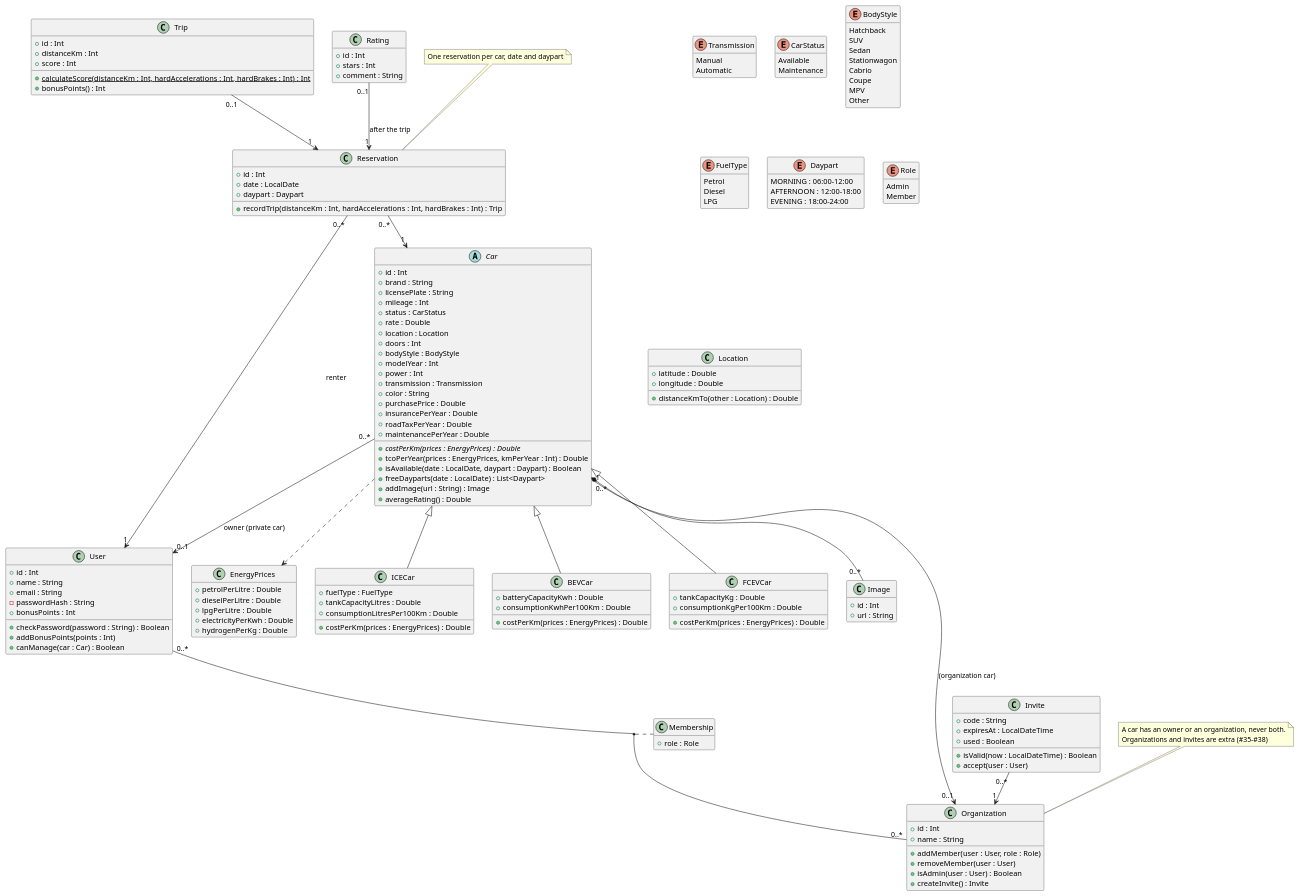
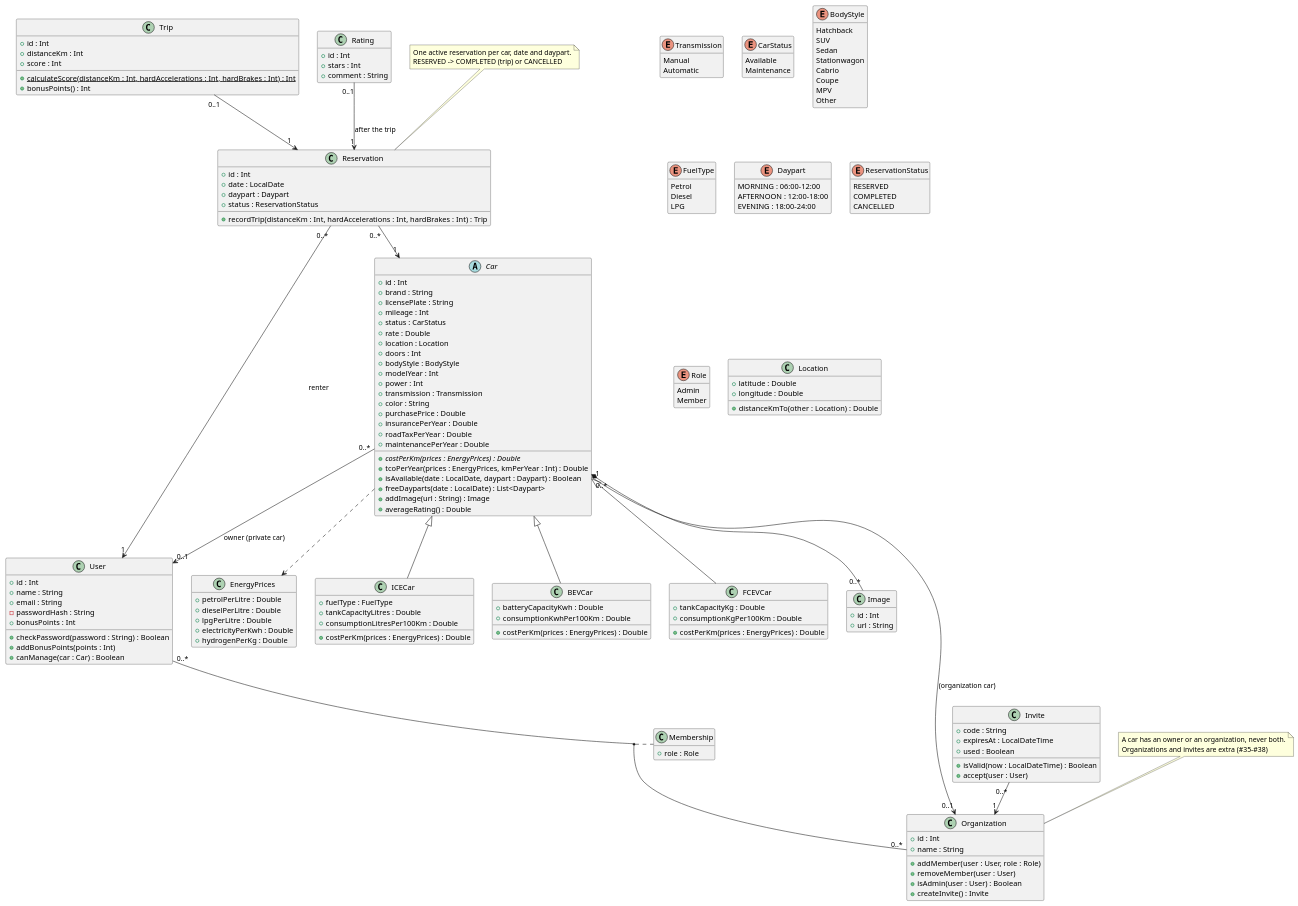
The diagram in docs/diagrams/domain-model.puml (Rent-a-car-38291/rent-a-car), drawn with PlantUML before and after one commit. The commit also changed 25 other files, not shown here.

First line of the commit message:
feat: give a reservation a status and list your reservations (#120)

```diff
--- a/docs/diagrams/domain-model.puml
+++ b/docs/diagrams/domain-model.puml
@@ -1,183 +1,190 @@
 @startuml
 ' Analysis view: the domain as agreed in the backlog, including parts that aren't built yet.
 ' For what the code looks like today, see the class-*.puml diagrams.
 hide empty members
 
 enum Transmission {
   Manual
   Automatic
 }
 
 ' Rented is gone: whether a car is rented depends on the daypart (#16).
 enum CarStatus {
   Available
   Maintenance
 }
 
 enum BodyStyle {
   Hatchback
   SUV
   Sedan
   Stationwagon
   Cabrio
   Coupe
   MPV
   Other
 }
 
 enum FuelType {
   Petrol
   Diesel
   LPG
 }
 
 enum Daypart {
   MORNING : 06:00-12:00
   AFTERNOON : 12:00-18:00
   EVENING : 18:00-24:00
+}
+
+enum ReservationStatus {
+  RESERVED
+  COMPLETED
+  CANCELLED
 }
 
 enum Role {
   Admin
   Member
 }
 
 class Location {
   + latitude : Double
   + longitude : Double
   + distanceKmTo(other : Location) : Double
 }
 
 class EnergyPrices {
   + petrolPerLitre : Double
   + dieselPerLitre : Double
   + lpgPerLitre : Double
   + electricityPerKwh : Double
   + hydrogenPerKg : Double
 }
 
 class User {
   + id : Int
   + name : String
   + email : String
   - passwordHash : String
   + bonusPoints : Int
   + checkPassword(password : String) : Boolean
   + addBonusPoints(points : Int)
   + canManage(car : Car) : Boolean
 }
 
 abstract class Car {
   + id : Int
   + brand : String
   + licensePlate : String
   + mileage : Int
   + status : CarStatus
   + rate : Double
   + location : Location
   + doors : Int
   + bodyStyle : BodyStyle
   + modelYear : Int
   + power : Int
   + transmission : Transmission
   + color : String
   + purchasePrice : Double
   + insurancePerYear : Double
   + roadTaxPerYear : Double
   + maintenancePerYear : Double
   + {abstract} costPerKm(prices : EnergyPrices) : Double
   + tcoPerYear(prices : EnergyPrices, kmPerYear : Int) : Double
   + isAvailable(date : LocalDate, daypart : Daypart) : Boolean
   + freeDayparts(date : LocalDate) : List<Daypart>
   + addImage(url : String) : Image
   + averageRating() : Double
 }
 
 class ICECar {
   + fuelType : FuelType
   + tankCapacityLitres : Double
   + consumptionLitresPer100Km : Double
   + costPerKm(prices : EnergyPrices) : Double
 }
 
 class BEVCar {
   + batteryCapacityKwh : Double
   + consumptionKwhPer100Km : Double
   + costPerKm(prices : EnergyPrices) : Double
 }
 
 class FCEVCar {
   + tankCapacityKg : Double
   + consumptionKgPer100Km : Double
   + costPerKm(prices : EnergyPrices) : Double
 }
 
 class Image {
   + id : Int
   + url : String
 }
 
 class Reservation {
   + id : Int
   + date : LocalDate
   + daypart : Daypart
+  + status : ReservationStatus
   + recordTrip(distanceKm : Int, hardAccelerations : Int, hardBrakes : Int) : Trip
 }
 
 class Trip {
   + id : Int
   + distanceKm : Int
   + score : Int
   + {static} calculateScore(distanceKm : Int, hardAccelerations : Int, hardBrakes : Int) : Int
   + bonusPoints() : Int
 }
 
 class Rating {
   + id : Int
   + stars : Int
   + comment : String
 }
 
 class Organization {
   + id : Int
   + name : String
   + addMember(user : User, role : Role)
   + removeMember(user : User)
   + isAdmin(user : User) : Boolean
   + createInvite() : Invite
 }
 
 class Membership {
   + role : Role
 }
 
 class Invite {
   + code : String
   + expiresAt : LocalDateTime
   + used : Boolean
   + isValid(now : LocalDateTime) : Boolean
   + accept(user : User)
 }
 
 Car <|-- ICECar
 Car <|-- BEVCar
 Car <|-- FCEVCar
 
 Car "0..*" --> "0..1" User : owner (private car)
 Car "0..*" --> "0..1" Organization : (organization car)
 Car "1" *-- "0..*" Image
 Car ..> EnergyPrices
 Reservation "0..*" --> "1" Car
 Reservation "0..*" --> "1" User : renter
 Trip "0..1" --> "1" Reservation
 Rating "0..1" --> "1" Reservation : after the trip
 User "0..*" -- "0..*" Organization
 (User, Organization) .. Membership
 Invite "0..*" --> "1" Organization
 
-note "One reservation per car, date and daypart" as N1
+note "One active reservation per car, date and daypart.\nRESERVED -> COMPLETED (trip) or CANCELLED" as N1
 N1 .. Reservation
 note "A car has an owner or an organization, never both.\nOrganizations and invites are extra (#35–#38)" as N2
 N2 .. Organization
 
 @enduml
```
